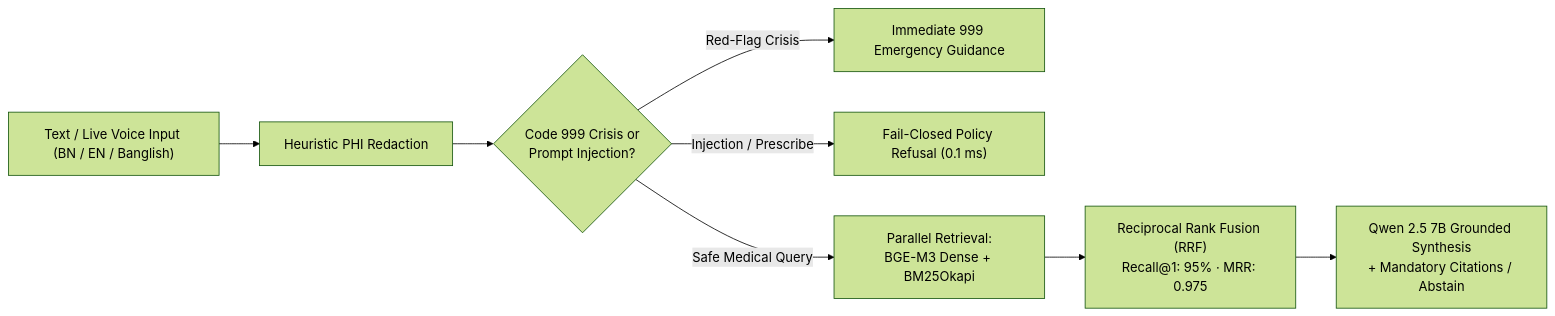
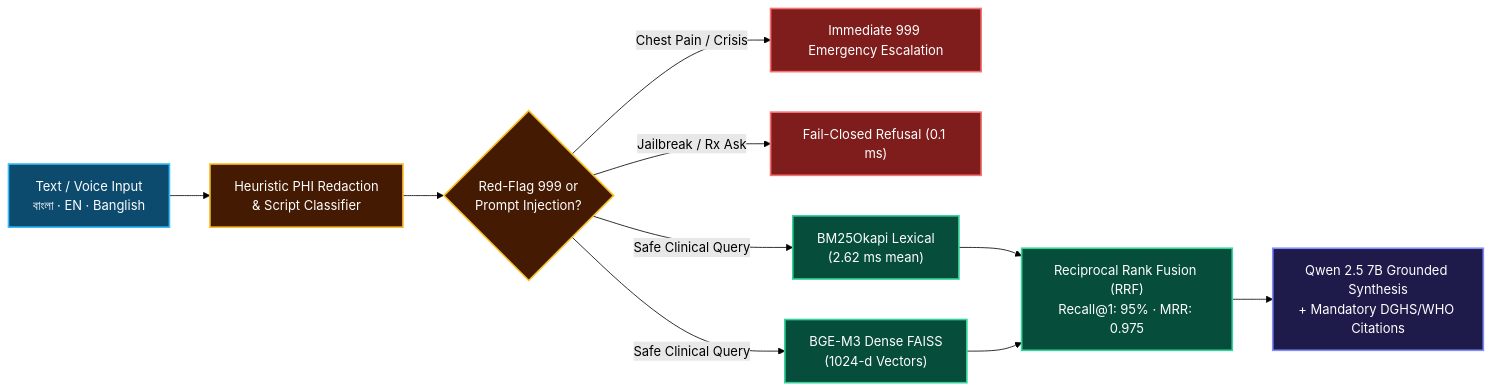
One commit to ashik123-a1/ShasthoSetu-AI changed the second of 5 diagrams in README.md. Above: the diagram before and after it, drawn with Mermaid (forest theme). The commit also changed other lines of this file and 599 other files, not shown here.

Commit message:
docs(showcase): custom SVG banner, 9 fresh verified UI screenshots, full-color Mermaid architecture, clean root/docs/research restructure & faculty-ready A-Z README

````diff
--- a/README.md
+++ b/README.md
@@ -158,10 +273,17 @@
 ```mermaid
 flowchart LR
-    IN["Text / Live Voice Input (BN / EN / Banglish)"] --> PHI["Heuristic PHI Redaction"]
-    PHI --> GUARD{"Code 999 Crisis or<br/>Prompt Injection?"}
-    GUARD -->|"Red-Flag Crisis"| EM["Immediate 999 Emergency Guidance"]
-    GUARD -->|"Injection / Prescribe"| REF["Fail-Closed Policy Refusal (0.1 ms)"]
-    GUARD -->|"Safe Medical Query"| RET["Parallel Retrieval:<br/>BGE-M3 Dense + BM25Okapi"]
-    RET --> RRF["Reciprocal Rank Fusion (RRF)<br/>Recall@1: 95% · MRR: 0.975"]
-    RRF --> GEN["Qwen 2.5 7B Grounded Synthesis<br/>+ Mandatory Citations / Abstain"]
+    classDef inp fill:#0c4a6e,stroke:#38bdf8,stroke-width:2px,color:#fff;
+    classDef guard fill:#451a03,stroke:#fbbf24,stroke-width:2px,color:#fff;
+    classDef danger fill:#7f1d1d,stroke:#f87171,stroke-width:2px,color:#fff;
+    classDef ret fill:#064e3b,stroke:#34d399,stroke-width:2px,color:#fff;
+    classDef synth fill:#1e1b4b,stroke:#818cf8,stroke-width:2px,color:#fff;
+
+    U["Text / Voice Input<br/>বাংলা · EN · Banglish"]:::inp --> PHI["Heuristic PHI Redaction<br/>&amp; Script Classifier"]:::guard
+    PHI --> CHK{"Red-Flag 999 or<br/>Prompt Injection?"}:::guard
+    CHK -->|"Chest Pain / Crisis"| EM["Immediate 999 Emergency Escalation"]:::danger
+    CHK -->|"Jailbreak / Rx Ask"| REF["Fail-Closed Refusal (0.1 ms)"]:::danger
+    CHK -->|"Safe Clinical Query"| BM["BM25Okapi Lexical<br/>(2.62 ms mean)"]:::ret
+    CHK -->|"Safe Clinical Query"| DENSE["BGE-M3 Dense FAISS<br/>(1024-d Vectors)"]:::ret
+    BM & DENSE --> RRF["Reciprocal Rank Fusion (RRF)<br/>Recall@1: 95% · MRR: 0.975"]:::ret
+    RRF --> OUT["Qwen 2.5 7B Grounded Synthesis<br/>+ Mandatory DGHS/WHO Citations"]:::synth
 ```
````
